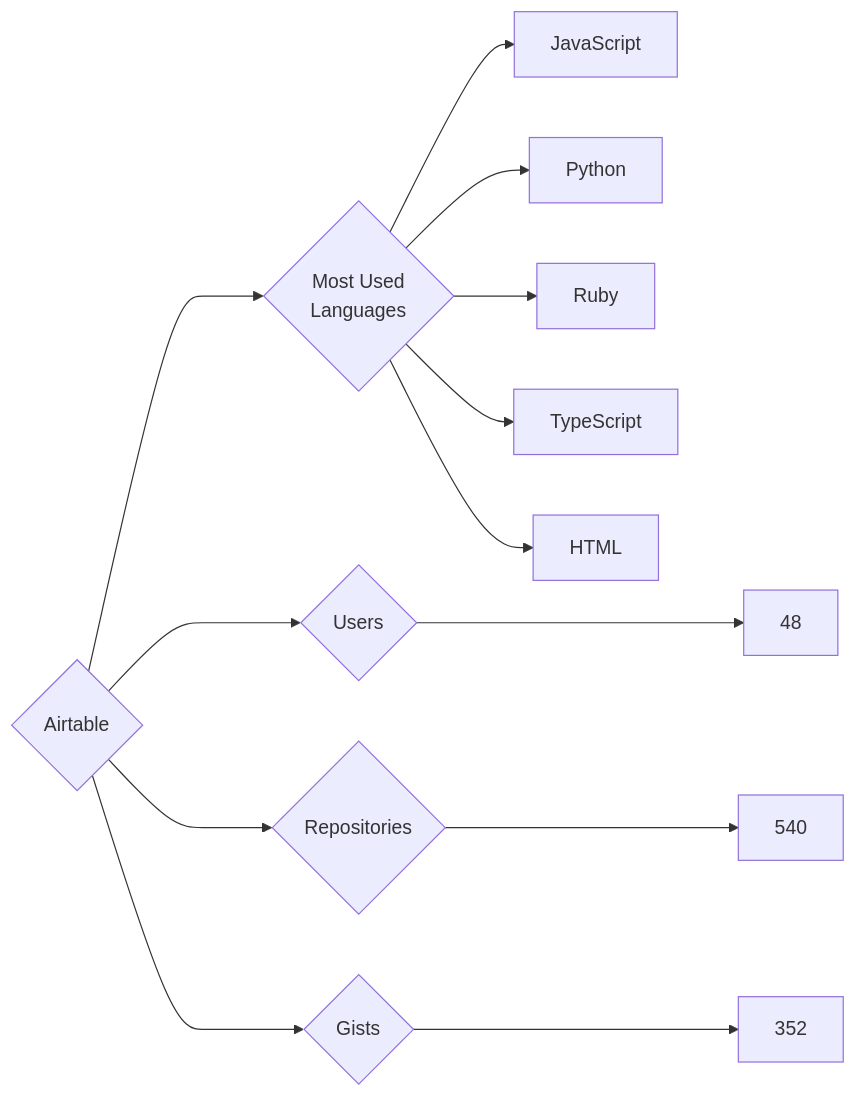
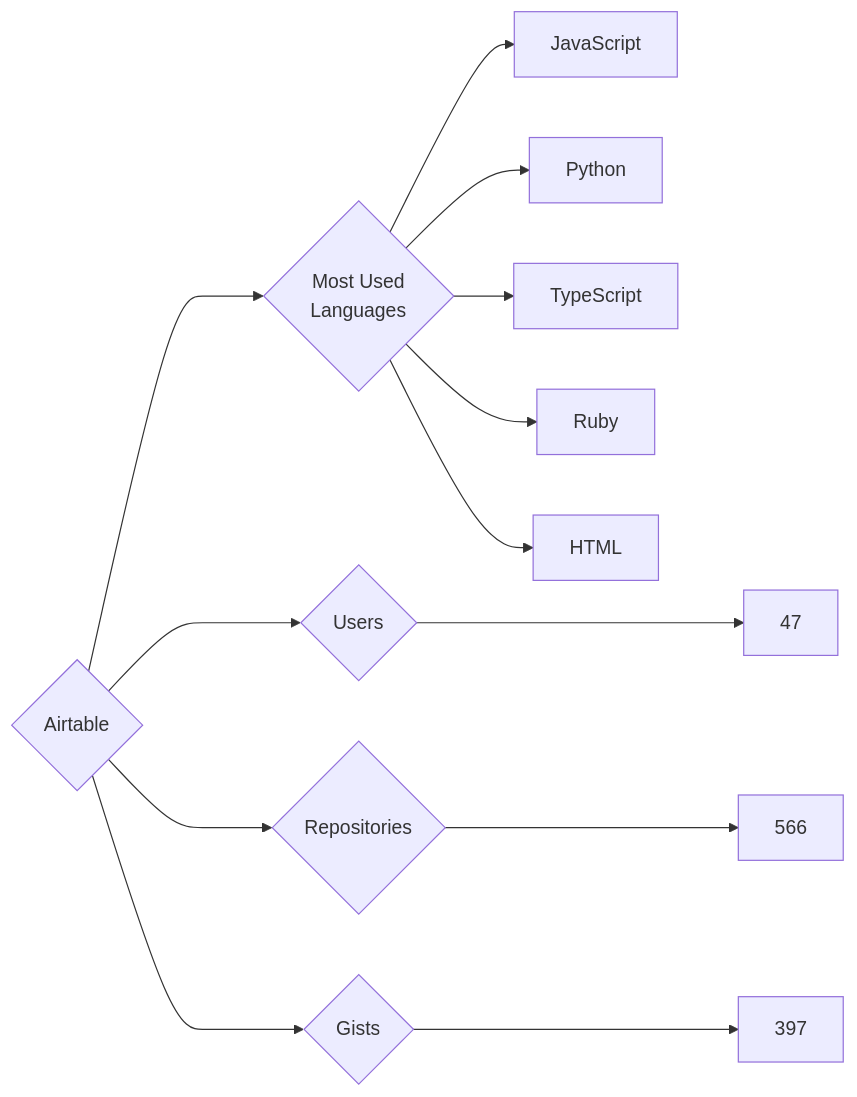
The diagram in targets/Airtable/README.md (trickest/insiders), drawn with Mermaid before and after one commit. The commit also changed 750 other files, not shown here.

````diff
--- a/targets/Airtable/README.md
+++ b/targets/Airtable/README.md
@@ -3,13 +3,13 @@
 ```mermaid
 graph LR
 COMPANY_NAME{Airtable}
-COMPANY_NAME ---> U{Users} ---> UN[48]
-COMPANY_NAME ---> R{Repositories} ---> RN[540]
-COMPANY_NAME ---> G{Gists} ---> GN[352]
+COMPANY_NAME ---> U{Users} ---> UN[47]
+COMPANY_NAME ---> R{Repositories} ---> RN[566]
+COMPANY_NAME ---> G{Gists} ---> GN[397]
 COMPANY_NAME ---> ML{Most Used<br>Languages}
 ML --> JavaScript[JavaScript]
 ML --> Python[Python]
+ML --> TypeScript[TypeScript]
 ML --> Ruby[Ruby]
-ML --> TypeScript[TypeScript]
 ML --> HTML[HTML]
 ```
````
